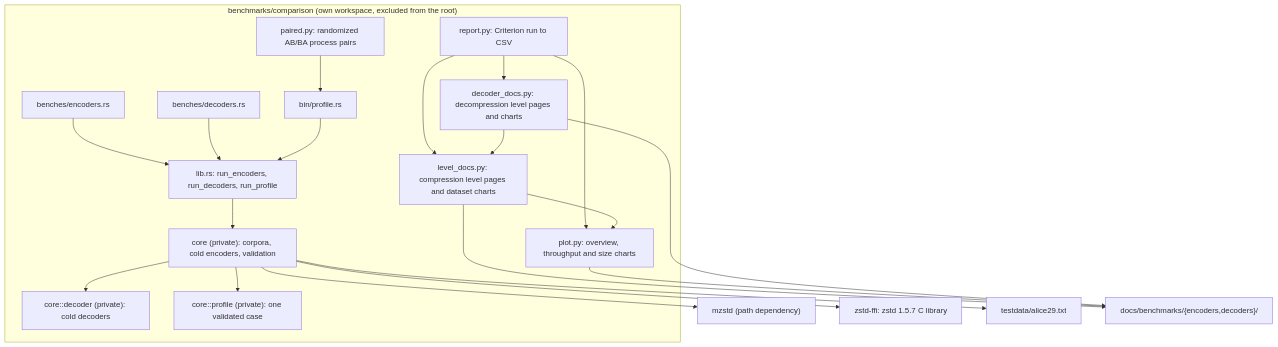
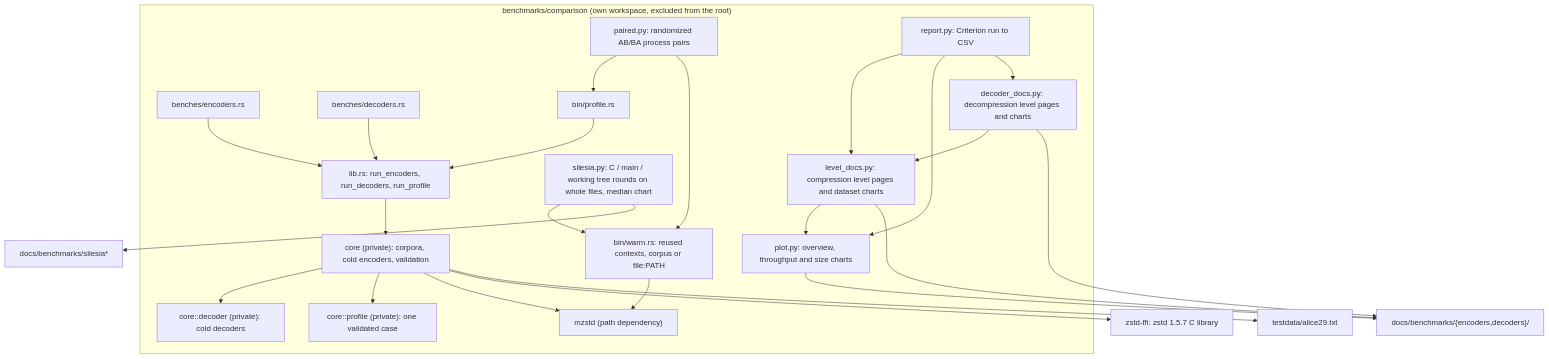
One commit to M-Compressors/mzstd changed the second of 4 diagrams in architecture/benchmarking.md. Above: the diagram before and after it, drawn with Mermaid. The commit also changed other lines of this file and 369 other files, not shown here.

````diff
--- a/architecture/benchmarking.md
+++ b/architecture/benchmarking.md
@@ -42,23 +42,27 @@
 ```mermaid
 graph TD
     subgraph comparison["benchmarks/comparison (own workspace, excluded from the root)"]
         Lib["lib.rs: run_encoders, run_decoders, run_profile"] --> Core["core (private): corpora, cold encoders, validation"]
         Core --> Dec["core::decoder (private): cold decoders"]
         Core --> Profile["core::profile (private): one validated case"]
         BEnc["benches/encoders.rs"] --> Lib
         BDec["benches/decoders.rs"] --> Lib
         BProfile["bin/profile.rs"] --> Lib
+        BWarm["bin/warm.rs: reused contexts, corpus or file:PATH"] --> Mzstd
         Paired["paired.py: randomized AB/BA process pairs"] --> BProfile
+        Paired --> BWarm
+        Silesia["silesia.py: C / main / working tree rounds on whole files, median chart"] --> BWarm
         Report["report.py: Criterion run to CSV"] --> Docs["level_docs.py: compression level pages and dataset charts"]
         Report --> Plot["plot.py: overview, throughput and size charts"]
         Report --> DecDocs["decoder_docs.py: decompression level pages and charts"]
         Docs --> Plot
         DecDocs --> Docs
     end
     Core --> Mzstd["mzstd (path dependency)"]
     Core --> Ffi["zstd-ffi: zstd 1.5.7 C library"]
     Core --> Alice["testdata/alice29.txt"]
     Docs --> Out["docs/benchmarks/{encoders,decoders}/"]
     Plot --> Out
     DecDocs --> Out
+    Silesia --> SOut["docs/benchmarks/silesia*"]
 ```
````
